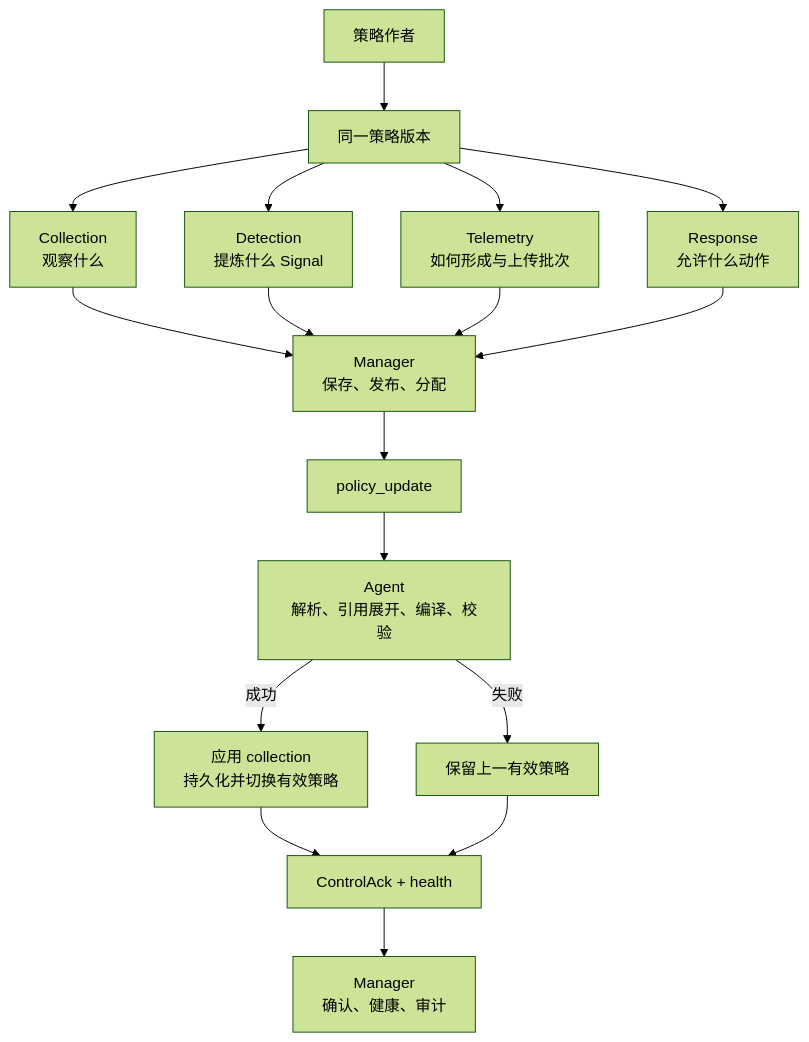
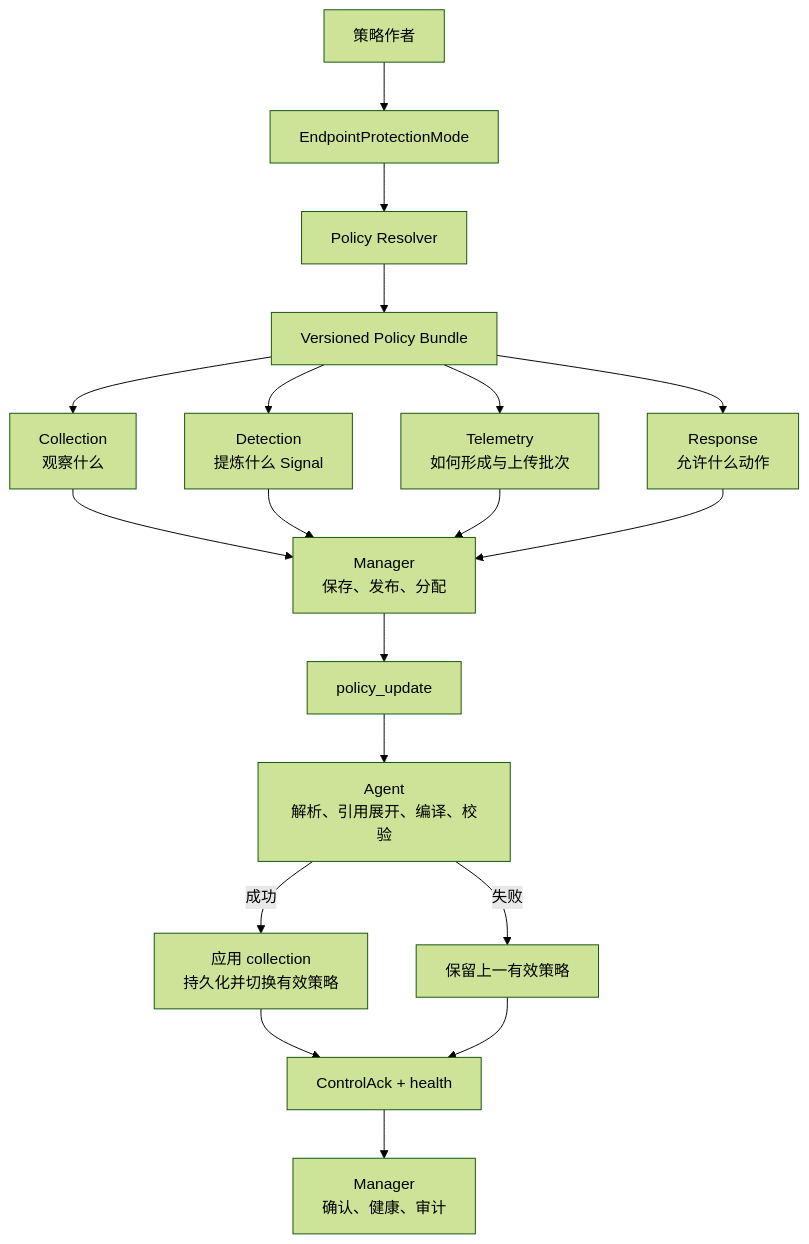
The second of 3 diagrams in docs/architecture.md (PKU-ASAL/sysarmor), drawn with Mermaid (forest theme) before and after one commit. The commit also changed other lines of this file and 8 other files, not shown here.

Commit message:
docs: consolidate learning architecture contracts

````diff
--- a/docs/architecture.md
+++ b/docs/architecture.md
@@ -96,20 +96,22 @@
 ```mermaid
 flowchart TB
-  Author["策略作者"] --> Policy["同一策略版本"]
+	Author["策略作者"] --> Mode["EndpointProtectionMode"]
+	Mode --> Resolver["Policy Resolver"]
+	Resolver --> Policy["Versioned Policy Bundle"]
   Policy --> Collection["Collection<br/>观察什么"]
   Policy --> Detection["Detection<br/>提炼什么 Signal"]
   Policy --> Telemetry["Telemetry<br/>如何形成与上传批次"]
   Policy --> Response["Response<br/>允许什么动作"]
 
   Collection --> Manager["Manager<br/>保存、发布、分配"]
   Detection --> Manager
   Telemetry --> Manager
   Response --> Manager
   Manager --> Command["policy_update"]
   Command --> Validate["Agent<br/>解析、引用展开、编译、校验"]
   Validate -->|"成功"| Apply["应用 collection<br/>持久化并切换有效策略"]
   Validate -->|"失败"| Previous["保留上一有效策略"]
   Apply --> Ack["ControlAck + health"]
   Previous --> Ack
   Ack --> Observed["Manager<br/>确认、健康、审计"]
 ```
````
